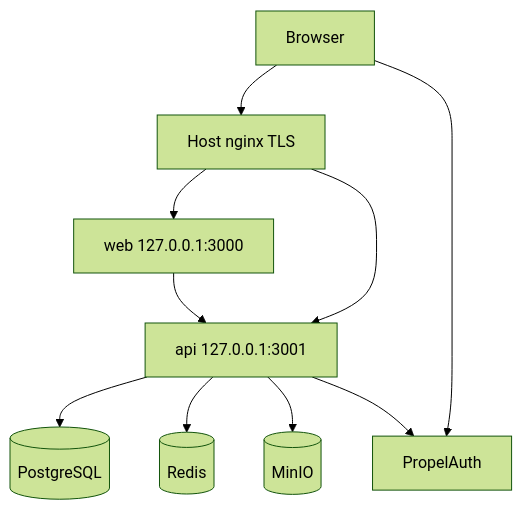
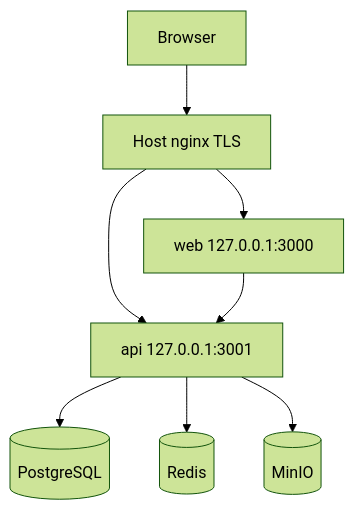
The diagram in docs/cloud-deployment.md (tawsifalam/erp), drawn with Mermaid (forest theme) before and after one commit. The commit also changed other lines of this file and 97 other files, not shown here.

Commit message:
removed propelauth instead using our own authentication flow

````diff
--- a/docs/cloud-deployment.md
+++ b/docs/cloud-deployment.md
@@ -20,21 +20,18 @@
 ```mermaid
 flowchart TB
   User[Browser]
-  PA[PropelAuth]
   HN[Host nginx TLS]
   WEB[web 127.0.0.1:3000]
   API[api 127.0.0.1:3001]
   PG[(PostgreSQL)]
   RD[(Redis)]
   S3[(MinIO)]
 
   User --> HN
-  User --> PA
   HN --> WEB
   HN --> API
   WEB --> API
   API --> PG
   API --> RD
   API --> S3
-  API --> PA
 ```
````
